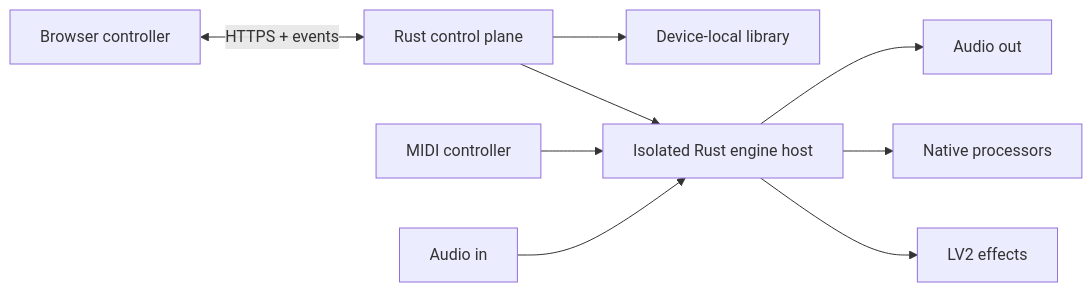
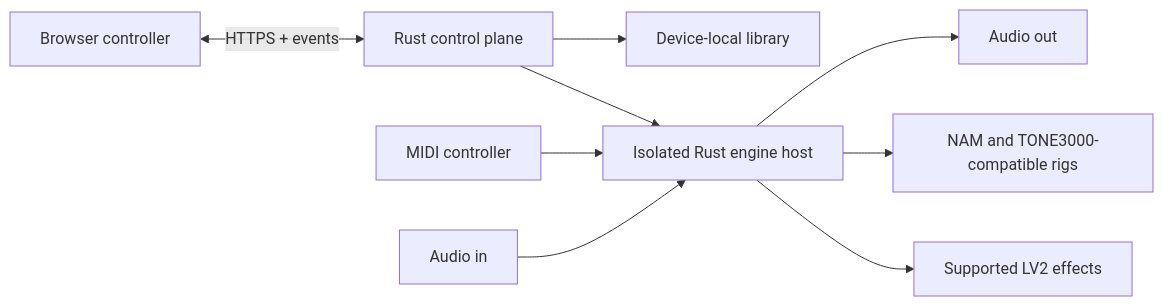
The diagram in README.md (oxidalhq/oxidal), drawn with Mermaid before and after one commit. The commit also changed other lines of this file, not shown here.

Commit message:
docs: clarify NAM and effects support

````diff
--- a/README.md
+++ b/README.md
@@ -51,10 +66,10 @@
 ```mermaid
 flowchart LR
     UI[Browser controller] <-->|HTTPS + events| API[Rust control plane]
     API --> Store[Device-local library]
     API --> DSP[Isolated Rust engine host]
     MIDI[MIDI controller] --> DSP
     Input[Audio in] --> DSP --> Output[Audio out]
-    DSP --> Native[Native processors]
-    DSP --> LV2[LV2 effects]
+    DSP --> Native[NAM and TONE3000-compatible rigs]
+    DSP --> LV2[Supported LV2 effects]
 ```
````
